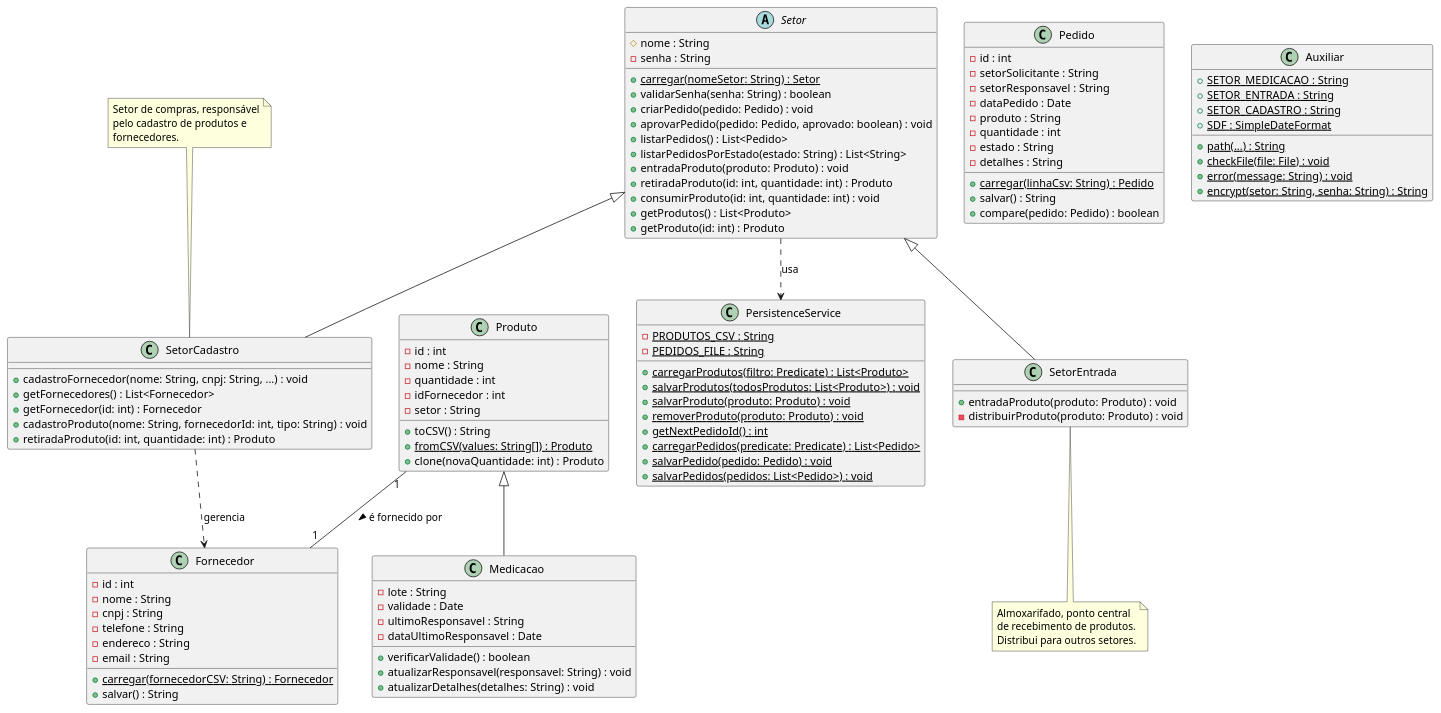
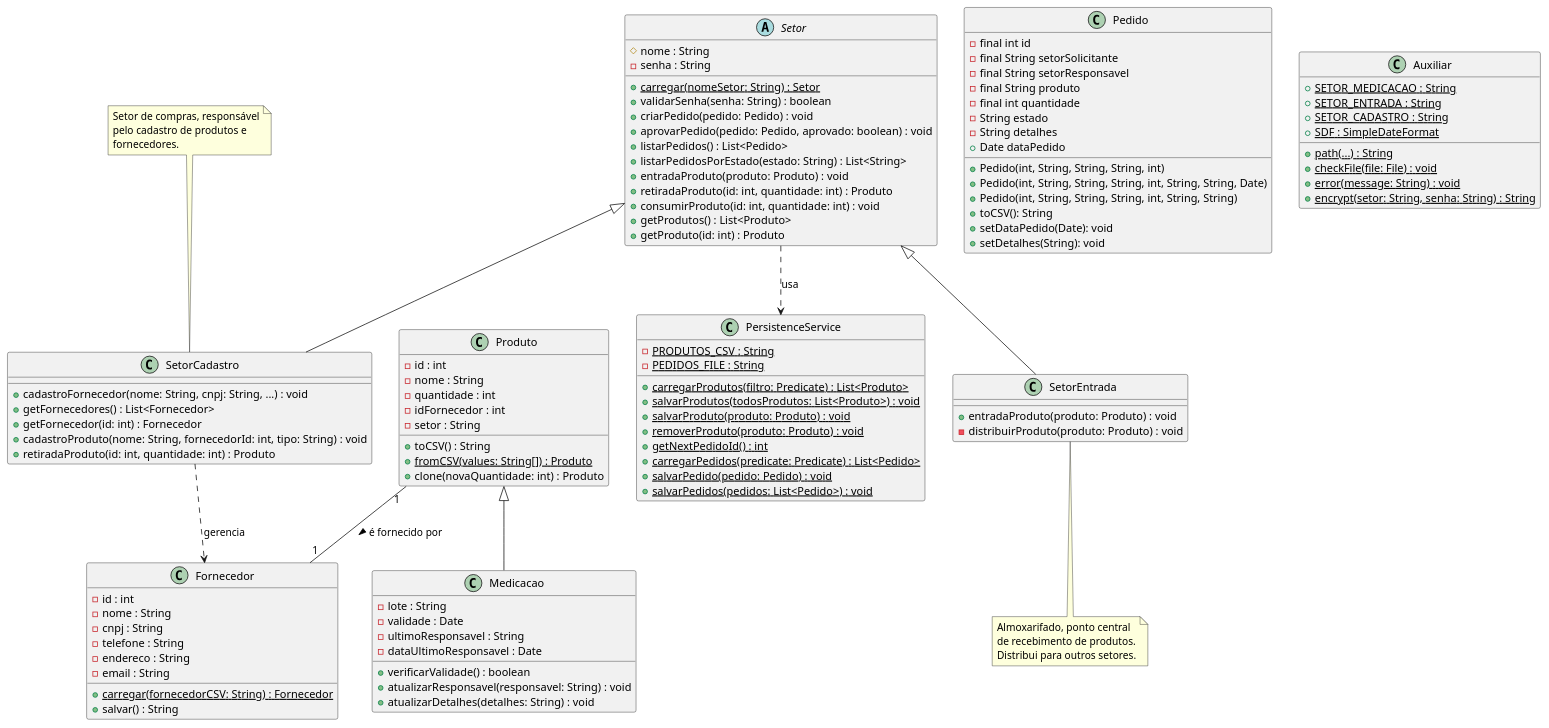
The diagram in plant-diagrams/Classes.puml (B4Hive/HealthStock), drawn with PlantUML before and after one commit. The commit also changed 17 other files, not shown here.

```diff
--- a/plant-diagrams/Classes.puml
+++ b/plant-diagrams/Classes.puml
@@ -1,121 +1,125 @@
 @startuml HealthStock
 
 ' Classes de Domínio (Estoque)
 class Fornecedor {
   - id : int
   - nome : String
   - cnpj : String
   - telefone : String
   - endereco : String
   - email : String
   + {static} carregar(fornecedorCSV: String) : Fornecedor
   + salvar() : String
 }
 
 class Produto {
   - id : int
   - nome : String
   - quantidade : int
   - idFornecedor : int
   - setor : String
   + toCSV() : String
   + {static} fromCSV(values: String[]) : Produto
   + clone(novaQuantidade: int) : Produto
 }
 
 class Medicacao extends Produto {
   - lote : String
   - validade : Date
   - ultimoResponsavel : String
   - dataUltimoResponsavel : Date
   + verificarValidade() : boolean
   + atualizarResponsavel(responsavel: String) : void
   + atualizarDetalhes(detalhes: String) : void
 }
 
 ' Classes de Domínio (Setor)
 class Pedido {
-  - id : int
-  - setorSolicitante : String
-  - setorResponsavel : String
-  - dataPedido : Date
-  - produto : String
-  - quantidade : int
-  - estado : String
-  - detalhes : String
-  + {static} carregar(linhaCsv: String) : Pedido
-  + salvar() : String
-  + compare(pedido: Pedido) : boolean
+    - final int id
+    - final String setorSolicitante
+    - final String setorResponsavel
+    - final String produto
+    - final int quantidade
+    - String estado
+    - String detalhes
+    + Date dataPedido
+    
+    + Pedido(int, String, String, String, int)
+    + Pedido(int, String, String, String, int, String, String, Date)
+    + Pedido(int, String, String, String, int, String, String)
+    + toCSV(): String
+    + setDataPedido(Date): void
+    + setDetalhes(String): void
 }
 
 abstract class Setor {
   # nome : String
   - senha : String
   + {static} carregar(nomeSetor: String) : Setor
   + validarSenha(senha: String) : boolean
   + criarPedido(pedido: Pedido) : void
   + aprovarPedido(pedido: Pedido, aprovado: boolean) : void
   + listarPedidos() : List<Pedido>
   + listarPedidosPorEstado(estado: String) : List<String>
   + entradaProduto(produto: Produto) : void
   + retiradaProduto(id: int, quantidade: int) : Produto
   + consumirProduto(id: int, quantidade: int) : void
   + getProdutos() : List<Produto>
   + getProduto(id: int) : Produto
 }
 
 class SetorEntrada extends Setor {
   + entradaProduto(produto: Produto) : void
   - distribuirProduto(produto: Produto) : void
 }
 
 class SetorCadastro extends Setor {
   + cadastroFornecedor(nome: String, cnpj: String, ...) : void
   + getFornecedores() : List<Fornecedor>
   + getFornecedor(id: int) : Fornecedor
   + cadastroProduto(nome: String, fornecedorId: int, tipo: String) : void
   + retiradaProduto(id: int, quantidade: int) : Produto
 }
 
 ' Classes de Serviço e Utilitários
 class PersistenceService {
   - {static} PRODUTOS_CSV : String
   - {static} PEDIDOS_FILE : String
   + {static} carregarProdutos(filtro: Predicate) : List<Produto>
   + {static} salvarProdutos(todosProdutos: List<Produto>) : void
   + {static} salvarProduto(produto: Produto) : void
   + {static} removerProduto(produto: Produto) : void
   + {static} getNextPedidoId() : int
   + {static} carregarPedidos(predicate: Predicate) : List<Pedido>
   + {static} salvarPedido(pedido: Pedido) : void
   + {static} salvarPedidos(pedidos: List<Pedido>) : void
 }
 
 class Auxiliar {
   + {static} SETOR_MEDICACAO : String
   + {static} SETOR_ENTRADA : String
   + {static} SETOR_CADASTRO : String
   + {static} SDF : SimpleDateFormat
   + {static} path(...) : String
   + {static} checkFile(file: File) : void
   + {static} error(message: String) : void
   + {static} encrypt(setor: String, senha: String) : String
 }
 
 Setor ..> PersistenceService : usa
 SetorCadastro ..> Fornecedor : gerencia
 Produto "1" -- "1" Fornecedor : é fornecido por >
 
 note top of SetorCadastro
   Setor de compras, responsável
   pelo cadastro de produtos e
   fornecedores.
 end note
 
 note bottom of SetorEntrada
   Almoxarifado, ponto central
   de recebimento de produtos.
   Distribui para outros setores.
 end note
 
 @enduml
```
